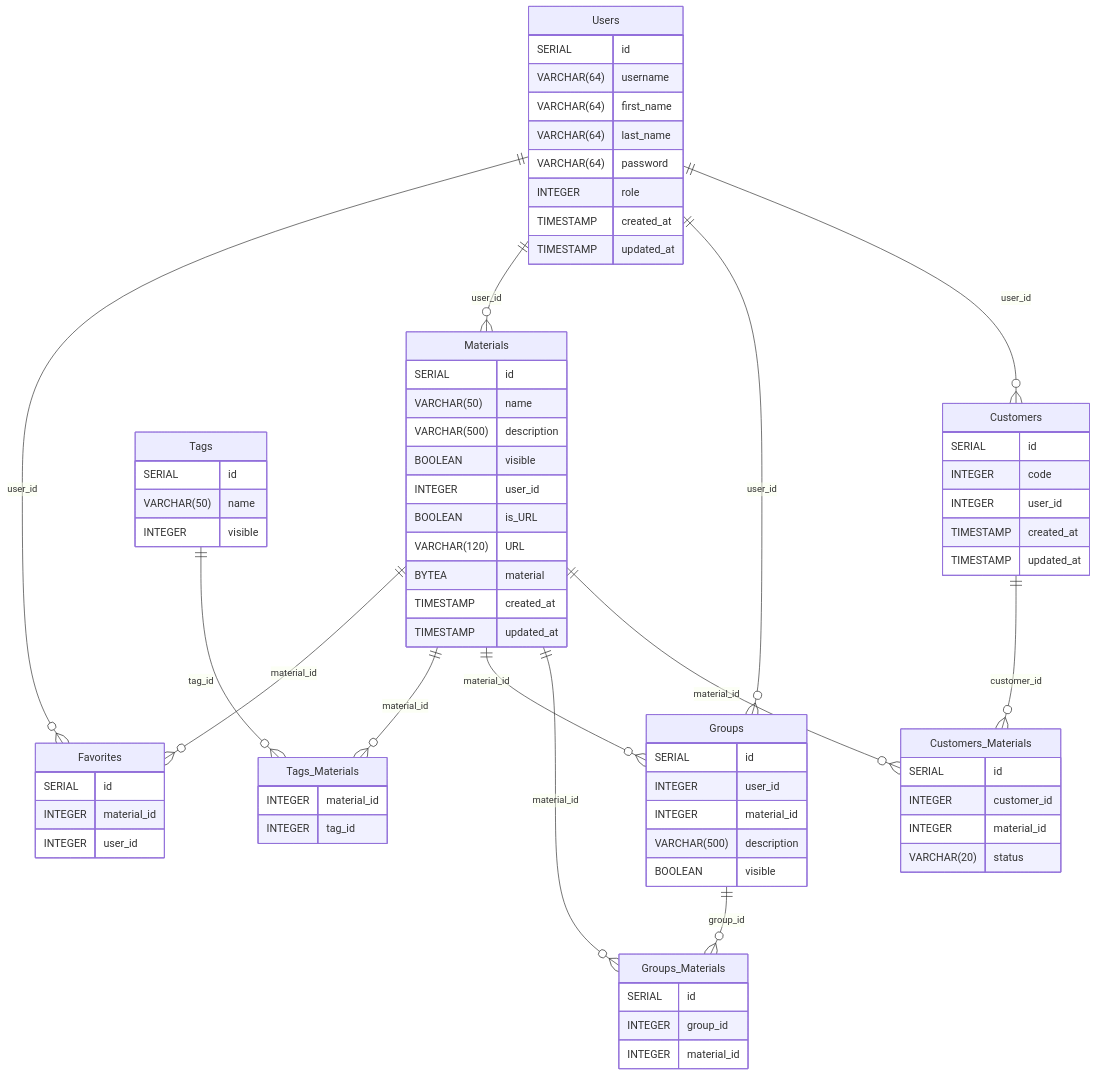
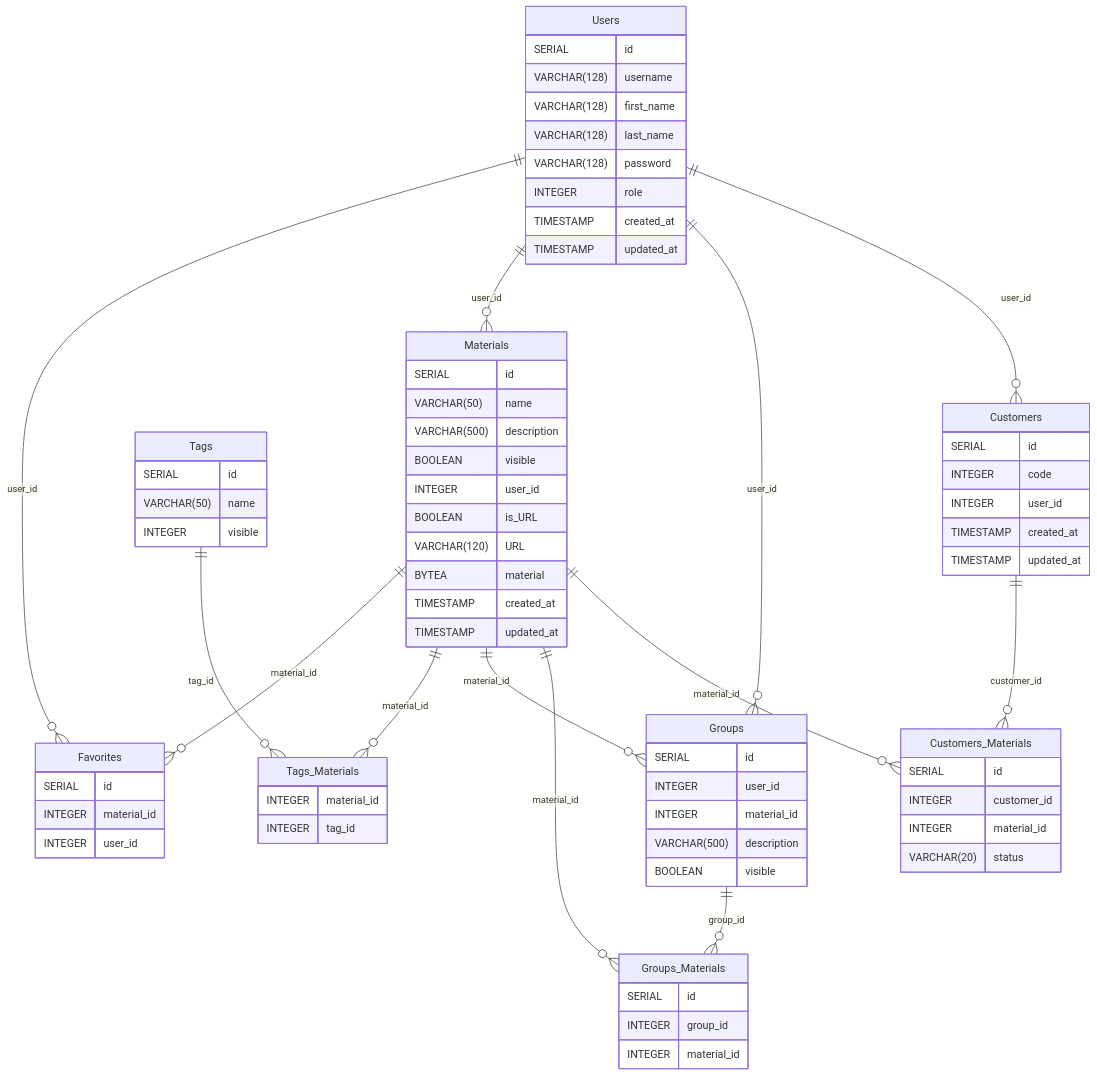
The diagram in Documentation/database.md (phuvio/Material-bank), drawn with Mermaid before and after one commit. The commit also changed 3 other files, not shown here.

```diff
--- a/Documentation/database.md
+++ b/Documentation/database.md
@@ -24,10 +24,10 @@
 
     Users {
         SERIAL id
-        VARCHAR(64) username
-        VARCHAR(64) first_name
-        VARCHAR(64) last_name
-        VARCHAR(64) password
+        VARCHAR(128) username
+        VARCHAR(128) first_name
+        VARCHAR(128) last_name
+        VARCHAR(128) password
         INTEGER role
         TIMESTAMP created_at
         TIMESTAMP updated_at
```
